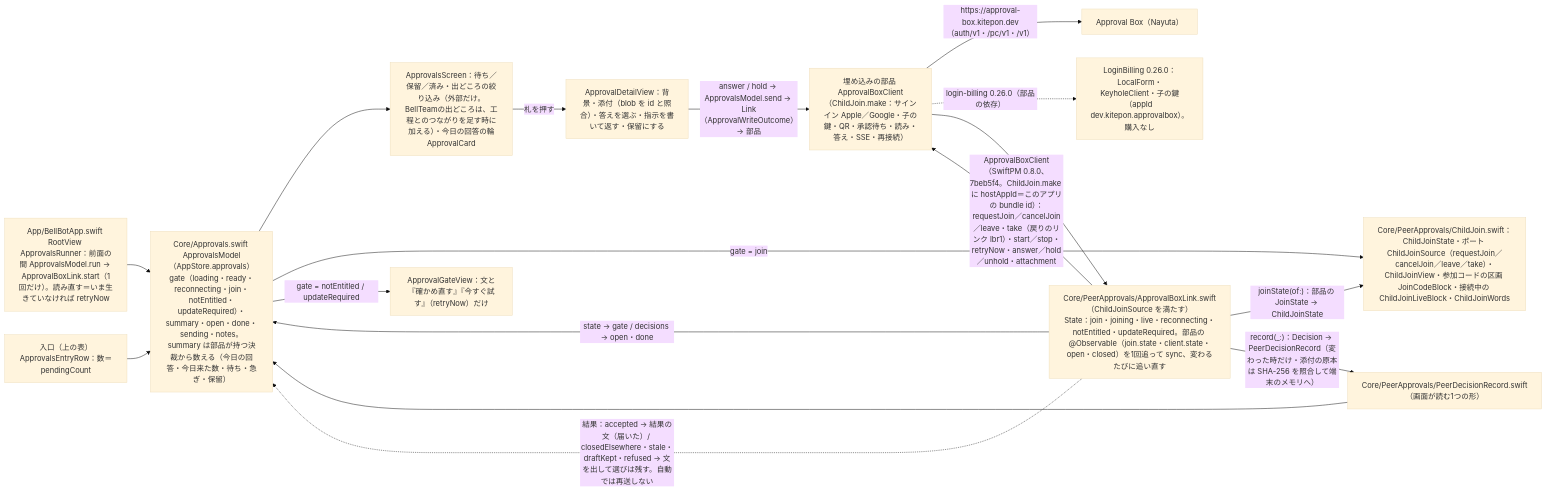
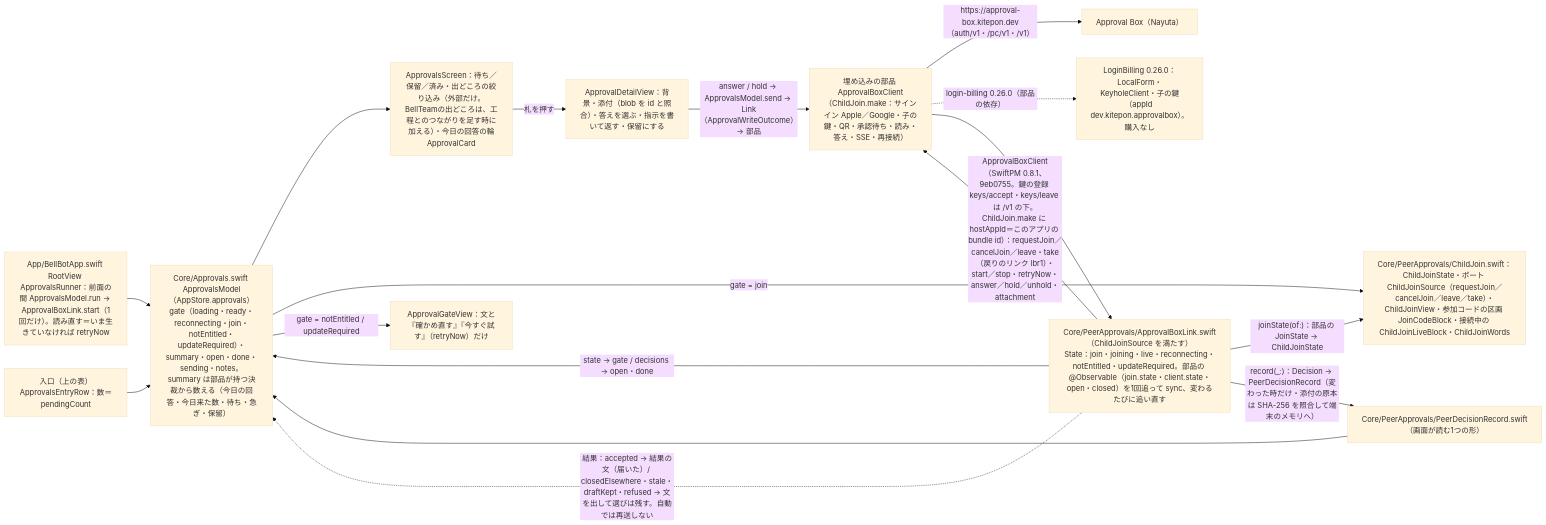
Before and after one commit to kitepon/BellTeam: the diagram in docs/architecture/modules/apple/approvals.md, drawn with Mermaid (base theme). The commit also changed other lines of this file and 4 other files, not shown here.

Commit message:
Apple 204: ApprovalBoxClient 0.8.1, keys/accept under /v1 (a540-rc-apple-204)

````diff
--- a/docs/architecture/modules/apple/approvals.md
+++ b/docs/architecture/modules/apple/approvals.md
@@ -17,21 +17,21 @@
 ```mermaid
 flowchart LR
   Run["App/BellBotApp.swift RootView ApprovalsRunner：前面の間 ApprovalsModel.run → ApprovalBoxLink.start（1回だけ）。読み直す＝いま生きていなければ retryNow"] --> Model
   Entry["入口（上の表）ApprovalsEntryRow：数＝pendingCount"] --> Model
   Model["Core/Approvals.swift ApprovalsModel（AppStore.approvals）<br/>gate（loading・ready・reconnecting・join・notEntitled・updateRequired）・summary・open・done・sending・notes。summary は部品が持つ決裁から数える（今日の回答・今日来た数・待ち・急ぎ・保留）"]
   Link["Core/PeerApprovals/ApprovalBoxLink.swift（ChildJoinSource を満たす）<br/>State：join・joining・live・reconnecting・notEntitled・updateRequired。部品の @Observable（join.state・client.state・open・closed）を1回追って sync、変わるたびに追い直す"]
   Link -->|"state → gate / decisions → open・done"| Model
-  Link -->|"ApprovalBoxClient（SwiftPM 0.8.0、7beb5f4。ChildJoin.make に hostAppId＝このアプリの bundle id）：requestJoin／cancelJoin／leave・take（戻りのリンク lbr1）・start／stop・retryNow・answer／hold／unhold・attachment"| Comp["埋め込みの部品 ApprovalBoxClient（ChildJoin.make：サインイン Apple／Google・子の鍵・QR・承認待ち・読み・答え・SSE・再接続）"]
+  Link -->|"ApprovalBoxClient（SwiftPM 0.8.1、9eb0755。鍵の登録 keys/accept・keys/leave は /v1 の下。ChildJoin.make に hostAppId＝このアプリの bundle id）：requestJoin／cancelJoin／leave・take（戻りのリンク lbr1）・start／stop・retryNow・answer／hold／unhold・attachment"| Comp["埋め込みの部品 ApprovalBoxClient（ChildJoin.make：サインイン Apple／Google・子の鍵・QR・承認待ち・読み・答え・SSE・再接続）"]
   Comp -->|"https://approval-box.kitepon.dev（auth/v1・/pc/v1・/v1）"| AB["Approval Box（Nayuta）"]
   Comp -.->|"login-billing 0.26.0（部品の依存）"| LB["LoginBilling 0.26.0：LocalForm・KeyholeClient・子の鍵（appId dev.kitepon.approvalbox）。購入なし"]
   Comp --> Link
   Link -->|"joinState(of:)：部品の JoinState → ChildJoinState"| CJ["Core/PeerApprovals/ChildJoin.swift：ChildJoinState・ポート ChildJoinSource（requestJoin／cancelJoin／leave／take）・ChildJoinView・参加コードの区画 JoinCodeBlock・接続中の ChildJoinLiveBlock・ChildJoinWords"]
   Link -->|"record(_:)：Decision → PeerDecisionRecord（変わった時だけ・添付の原本は SHA-256 を照合して端末のメモリへ）"| Rec["Core/PeerApprovals/PeerDecisionRecord.swift（画面が読む1つの形）"]
   Rec --> Model
   Model --> Screen["ApprovalsScreen：待ち／保留／済み・出どころの絞り込み（外部だけ。BellTeamの出どころは、工程とのつながりを足す時に加える）・今日の回答の輪<br/>ApprovalCard"]
   Screen -->|"札を押す"| Detail["ApprovalDetailView：背景・添付（blob を id と照合）・答えを選ぶ・指示を書いて返す・保留にする"]
   Detail -->|"answer / hold → ApprovalsModel.send → Link（ApprovalWriteOutcome）→ 部品"| Comp
   Link -.->|"結果：accepted → 結果の文（届いた）/ closedElsewhere・stale・draftKept・refused → 文を出して選びは残す。自動では再送しない"| Model
   Model -->|"gate = join"| CJ
   Model -->|"gate = notEntitled / updateRequired"| GateView["ApprovalGateView：文と『確かめ直す』『今すぐ試す』（retryNow）だけ"]
 ```
````
